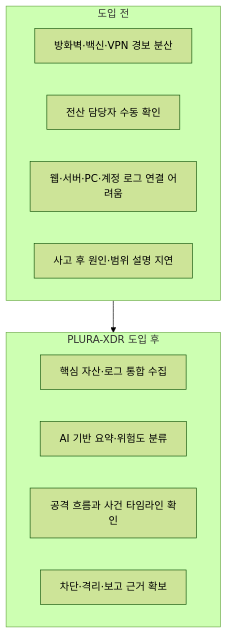
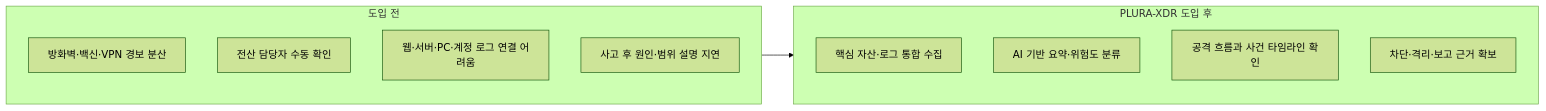
Before and after one commit to qubitsec/blog: the second of 2 diagrams in content/ko/column/local-manufacturing-plura-xdr.md, drawn with Mermaid (forest theme).

````diff
--- a/content/ko/column/local-manufacturing-plura-xdr.md
+++ b/content/ko/column/local-manufacturing-plura-xdr.md
@@ -253,18 +253,18 @@
 ```mermaid
-flowchart TB
+flowchart LR
     subgraph Before[도입 전]
         B1[방화벽·백신·VPN 경보 분산]
         B2[전산 담당자 수동 확인]
         B3[웹·서버·PC·계정 로그 연결 어려움]
         B4[사고 후 원인·범위 설명 지연]
     end
 
     subgraph After[PLURA-XDR 도입 후]
         A1[핵심 자산·로그 통합 수집]
         A2[AI 기반 요약·위험도 분류]
         A3[공격 흐름과 사건 타임라인 확인]
         A4[차단·격리·보고 근거 확보]
     end
 
     Before --> After
 ```
````
